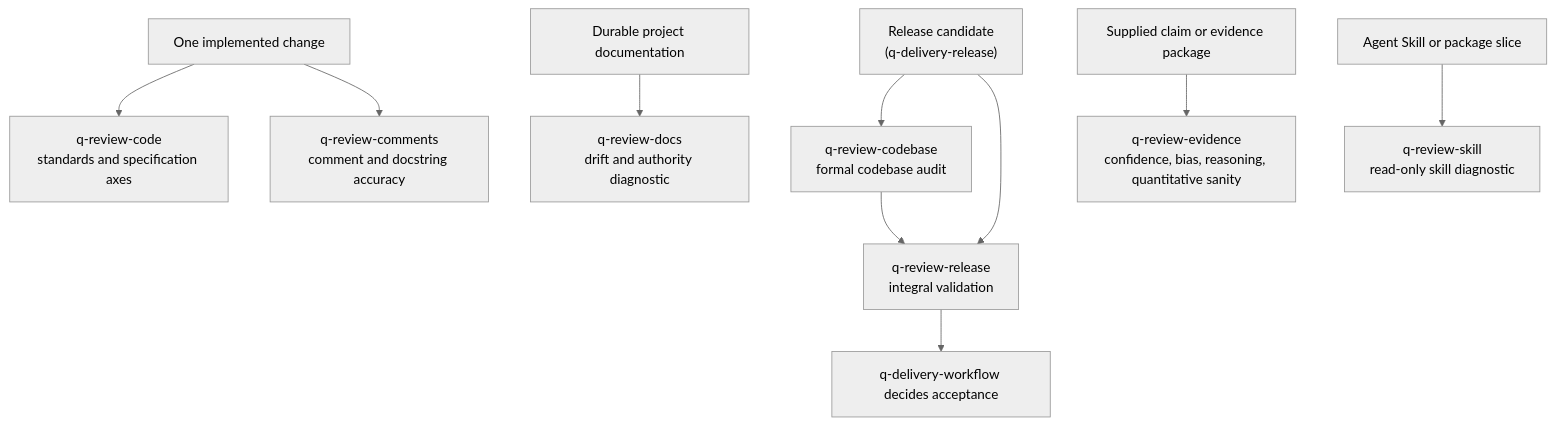
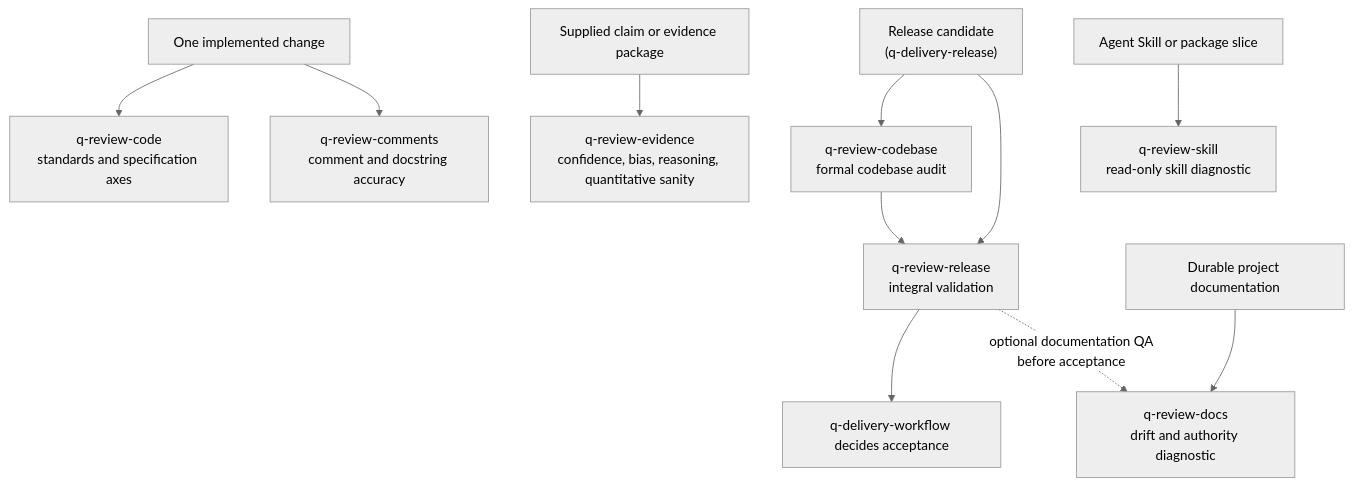
The diagram in skills/review/README.md (flaviogragnolati/ai-workflow), drawn with Mermaid (neutral theme) before and after one commit. The commit also changed other lines of this file and 21 other files, not shown here.

````diff
--- a/skills/review/README.md
+++ b/skills/review/README.md
@@ -9,12 +9,13 @@
 ```mermaid
 flowchart TB
     CH["One implemented change"] --> RC["q-review-code<br/>standards and specification axes"]
     CH --> RM["q-review-comments<br/>comment and docstring accuracy"]
     REL["Release candidate<br/>(q-delivery-release)"] --> RB["q-review-codebase<br/>formal codebase audit"]
     RB --> RR["q-review-release<br/>integral validation"]
     REL --> RR
     RR --> DW["q-delivery-workflow decides acceptance"]
     DOC["Durable project documentation"] --> RD["q-review-docs<br/>drift and authority diagnostic"]
+    RR -. "optional documentation QA<br/>before acceptance" .-> RD
     EV["Supplied claim or evidence package"] --> RE["q-review-evidence<br/>confidence, bias, reasoning, quantitative sanity"]
     SK["Agent Skill or package slice"] --> RS["q-review-skill<br/>read-only skill diagnostic"]
 ```
````
